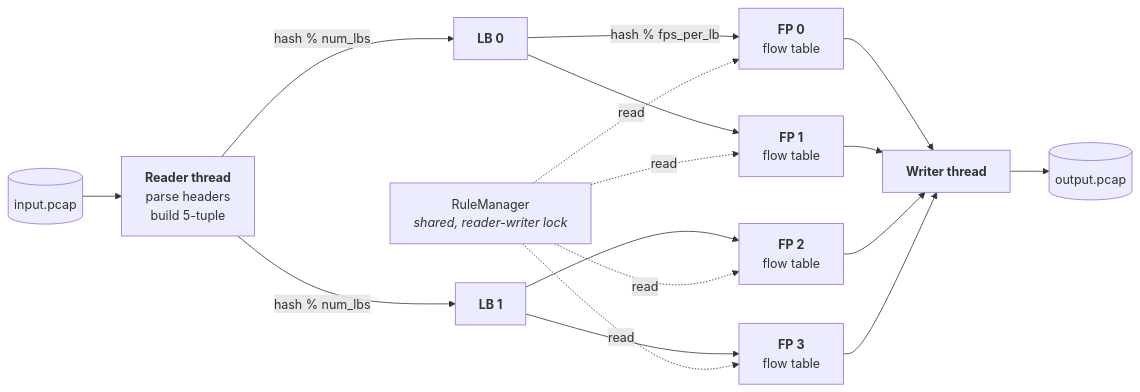
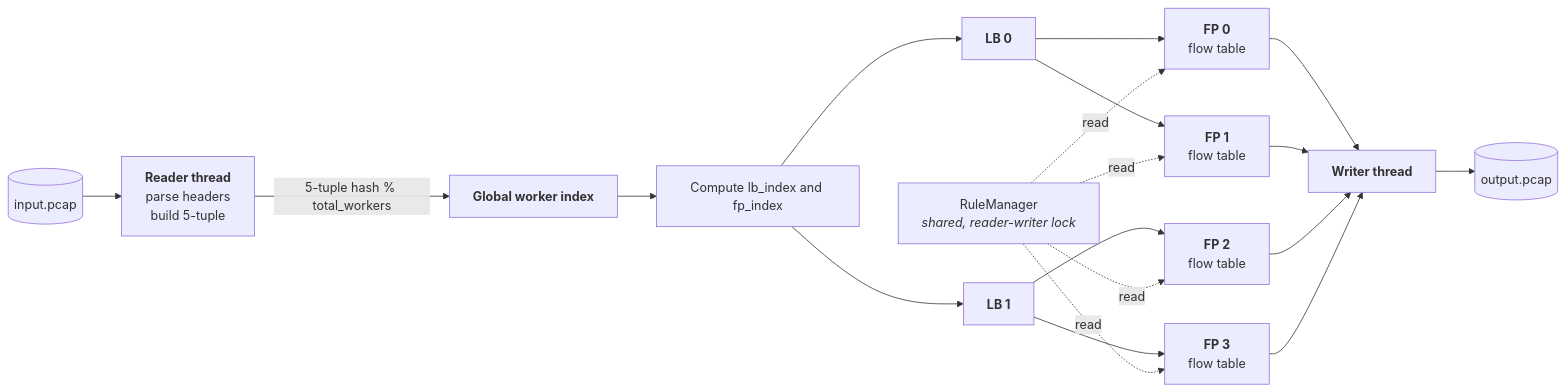
Before and after one commit to sudipt0-paul10/DPI---Deep-Packet-Inspection: the diagram in README.md, drawn with Mermaid. The commit also changed other lines of this file, not shown here.

Commit message:
Update README for worker mapping and flow eviction

````diff
--- a/README.md
+++ b/README.md
@@ -82,24 +82,28 @@
 ```mermaid
 flowchart LR
     PCAP[("input.pcap")] --> R["<b>Reader thread</b><br/>parse headers<br/>build 5-tuple"]
 
-    R -->|hash % num_lbs| LB0["<b>LB 0</b>"]
-    R -->|hash % num_lbs| LB1["<b>LB 1</b>"]
+    R -->|5-tuple hash % total_workers| GW["<b>Global worker index</b>"]
 
-    LB0 -->|hash % fps_per_lb| FP0["<b>FP 0</b><br/>flow table"]
+    GW --> MAP["Compute lb_index and fp_index"]
+
+    MAP --> LB0["<b>LB 0</b>"]
+    MAP --> LB1["<b>LB 1</b>"]
+
+    LB0 --> FP0["<b>FP 0</b><br/>flow table"]
     LB0 --> FP1["<b>FP 1</b><br/>flow table"]
     LB1 --> FP2["<b>FP 2</b><br/>flow table"]
     LB1 --> FP3["<b>FP 3</b><br/>flow table"]
 
     FP0 --> W["<b>Writer thread</b>"]
     FP1 --> W
     FP2 --> W
     FP3 --> W
 
     W --> OUT[("output.pcap")]
 
     RULES["RuleManager<br/><i>shared, reader-writer lock</i>"] -.->|read| FP0
     RULES -.->|read| FP1
     RULES -.->|read| FP2
     RULES -.->|read| FP3
 ```
````
